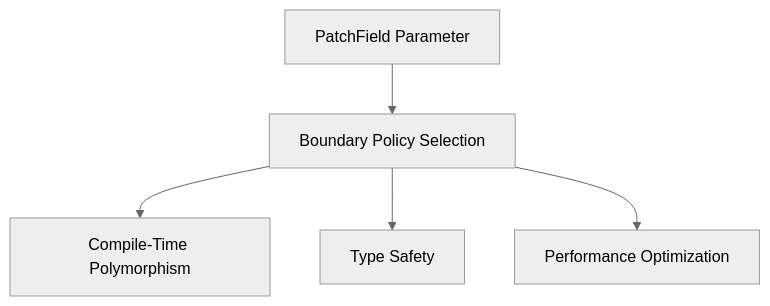
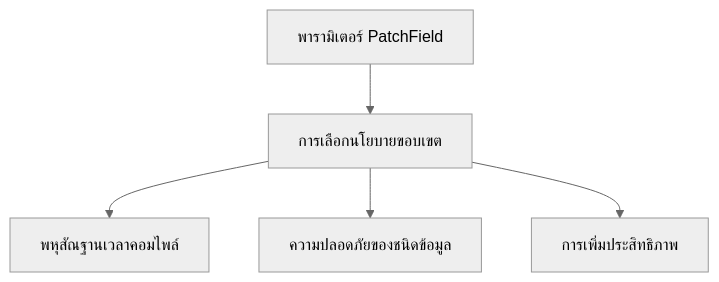
The fourth of 4 diagrams in MODULE_05_OPENFOAM_PROGRAMMING/CONTENT/08_FIELD_TYPES/00_Overview.md (wramet/build-my-cfd), drawn with Mermaid (neutral theme) before and after one commit. The commit also changed other lines of this file and 104 other files, not shown here.

````diff
--- a/MODULE_05_OPENFOAM_PROGRAMMING/CONTENT/08_FIELD_TYPES/00_Overview.md
+++ b/MODULE_05_OPENFOAM_PROGRAMMING/CONTENT/08_FIELD_TYPES/00_Overview.md
@@ -321,7 +321,7 @@
 ```mermaid
 graph TD
-    A[PatchField Parameter] --> B[Boundary Policy Selection]
-    B --> C[Compile-Time Polymorphism]
-    B --> D[Type Safety]
-    B --> E[Performance Optimization]
+    A[พารามิเตอร์ PatchField] --> B[การเลือกนโยบายขอบเขต]
+    B --> C[พหุสัณฐานเวลาคอมไพล์]
+    B --> D[ความปลอดภัยของชนิดข้อมูล]
+    B --> E[การเพิ่มประสิทธิภาพ]
 ```
````
